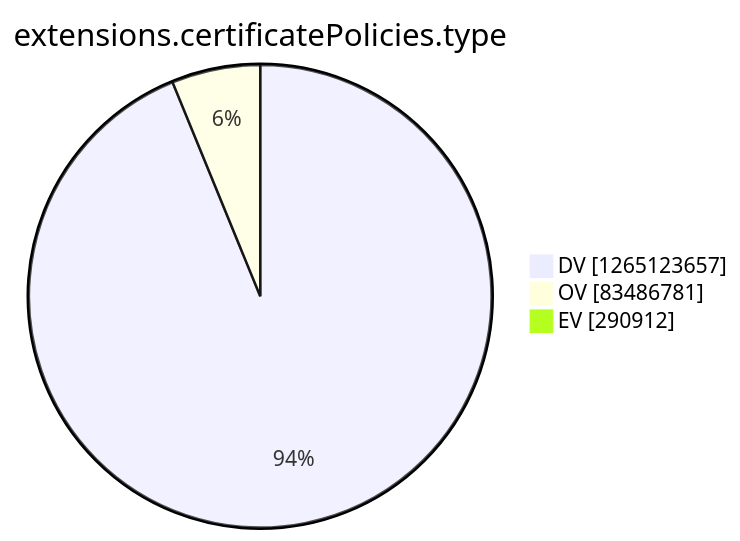
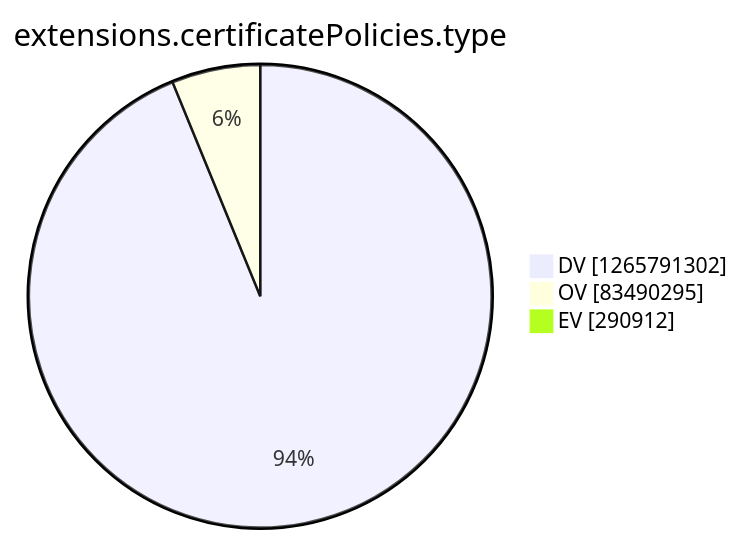
One commit to christiankrug/ctmonitor_visualization changed the tenth of 15 diagrams in argon2022/README.md. Above: the diagram before and after it, drawn with Mermaid. The commit also changed other lines of this file, not shown here.

````diff
--- a/argon2022/README.md
+++ b/argon2022/README.md
@@ -2771,7 +2771,7 @@
 ```mermaid
 pie showData
 title extensions.certificatePolicies.type
-"DV" :1265123657
-"OV" :83486781
+"DV" :1265791302
+"OV" :83490295
 "EV" :290912
 ```
````
